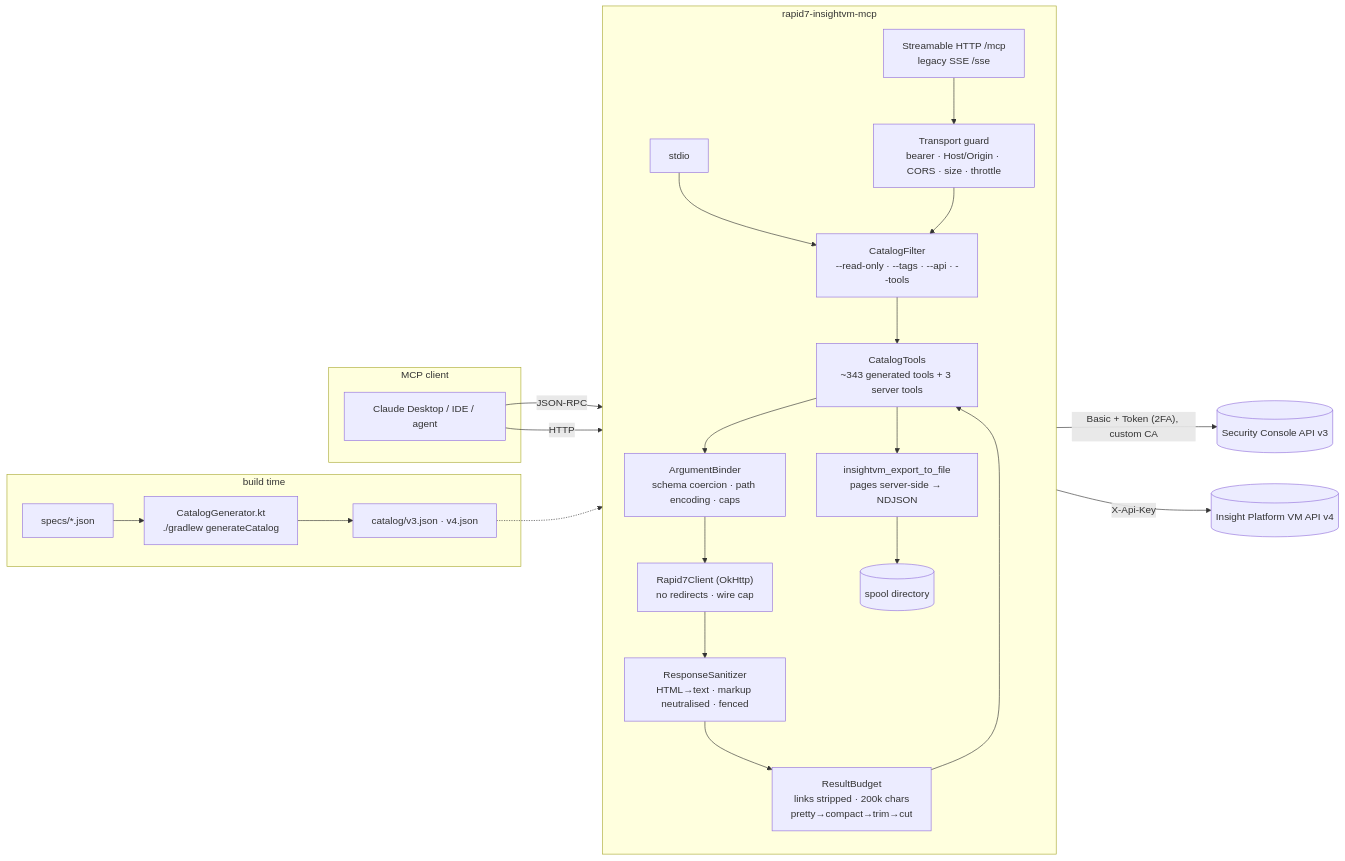
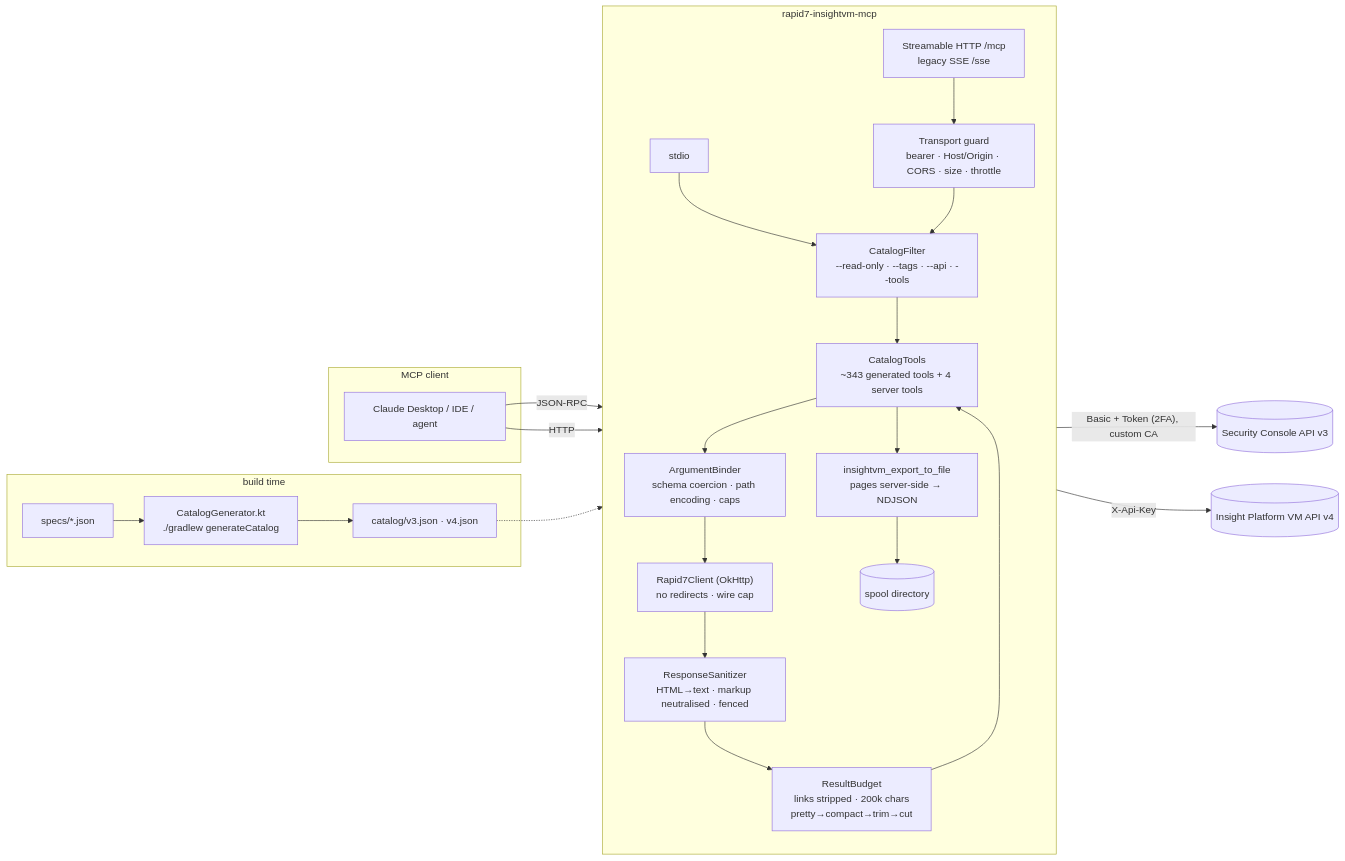
Before and after one commit to jitunicornfx/Rapid7-InsightVM-MCP: the diagram in README.md, drawn with Mermaid. The commit also changed other lines of this file and 14 other files, not shown here.

````diff
--- a/README.md
+++ b/README.md
@@ -201,30 +205,30 @@
 ```mermaid
 flowchart LR
     subgraph Client["MCP client"]
         C[Claude Desktop / IDE / agent]
     end
 
     subgraph Server["rapid7-insightvm-mcp"]
         direction TB
         T1[stdio] --> F
         T2["Streamable HTTP /mcp<br/>legacy SSE /sse"] --> G["Transport guard<br/>bearer · Host/Origin · CORS · size · throttle"] --> F
-        F["CatalogFilter<br/>--read-only · --tags · --api · --tools"] --> R["CatalogTools<br/>~343 generated tools + 3 server tools"]
+        F["CatalogFilter<br/>--read-only · --tags · --api · --tools"] --> R["CatalogTools<br/>~343 generated tools + 4 server tools"]
         R --> B["ArgumentBinder<br/>schema coercion · path encoding · caps"]
         B --> K["Rapid7Client (OkHttp)<br/>no redirects · wire cap"]
         K --> S["ResponseSanitizer<br/>HTML→text · markup neutralised · fenced"]
         S --> BU["ResultBudget<br/>links stripped · 200k chars<br/>pretty→compact→trim→cut"]
         BU --> R
         R --> X["insightvm_export_to_file<br/>pages server-side → NDJSON"]
         X --> D[("spool directory")]
     end
 
     subgraph BuildTime["build time"]
         SP["specs/*.json"] --> GEN["CatalogGenerator.kt<br/>./gradlew generateCatalog"] --> CAT["catalog/v3.json · v4.json"]
     end
 
     C -- "JSON-RPC" --> T1
     C -- "HTTP" --> T2
     CAT -.-> R
     K -- "Basic + Token (2FA), custom CA" --> V3[("Security Console API v3")]
     K -- "X-Api-Key" --> V4[("Insight Platform VM API v4")]
 ```
````
